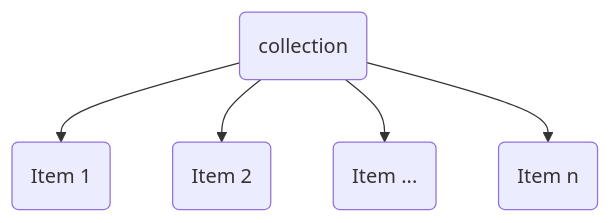
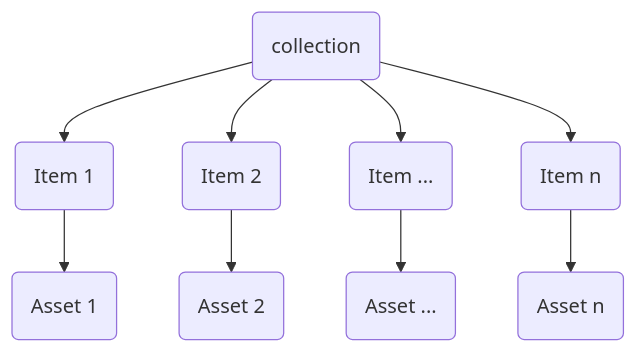
Before and after one commit to Biodiversity-Meets-Data/WP2-data-catalog: the third of 3 diagrams in openeo/README.md, drawn with Mermaid.

````diff
--- a/openeo/README.md
+++ b/openeo/README.md
@@ -407,8 +407,12 @@
 ```mermaid
 flowchart TD
   C1(collection)
   C1 --> I1(Item 1)
   C1 --> I2(Item 2)
   C1 --> I3(Item ...)
   C1 --> In(Item n)
+  I1 --> A1(Asset 1)
+  I2 --> A2(Asset 2)
+  I3 --> A3(Asset ...)
+  In --> An(Asset n)
 ```
````
